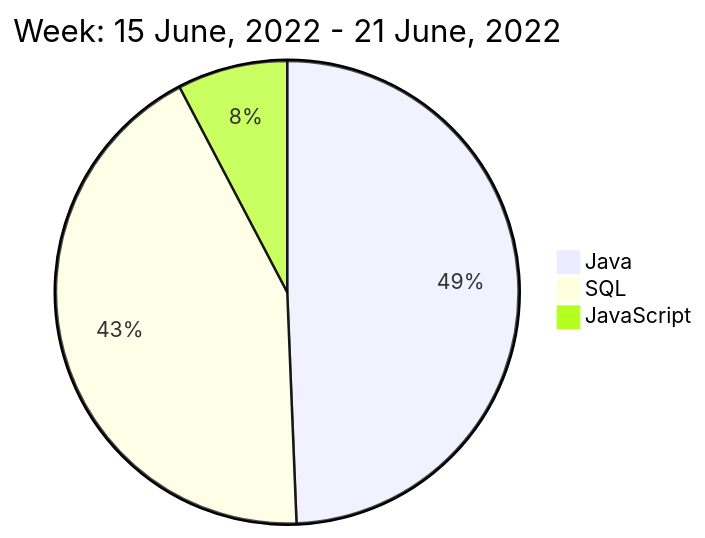
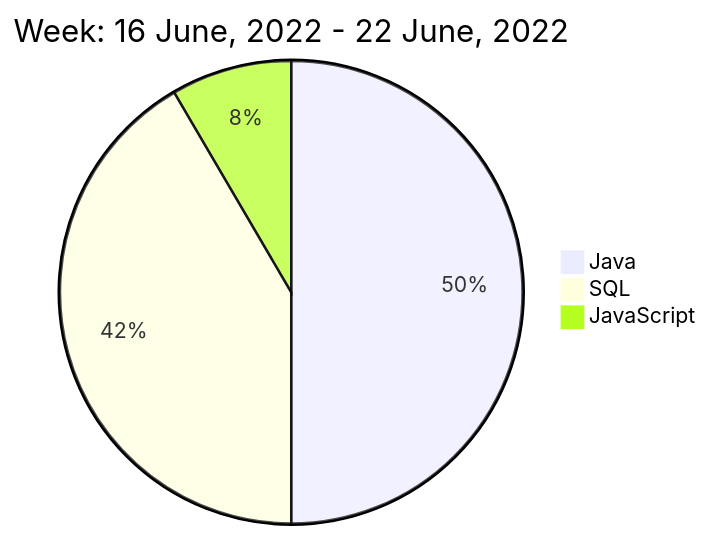
The diagram in README.md (liubin95/liubin95), drawn with Mermaid before and after one commit.

Commit message:
Updated the Graph with new Metrics

````diff
--- a/README.md
+++ b/README.md
@@ -40,7 +40,7 @@
 ```mermaid
  pie
-title Week: 15 June, 2022 - 21 June, 2022
- "Java" : 6.93
- "SQL" : 6.03
- "JavaScript" : 1.08
+title Week: 16 June, 2022 - 22 June, 2022
+ "Java" : 6.7
+ "SQL" : 5.57
+ "JavaScript" : 1.13
 ```
````
